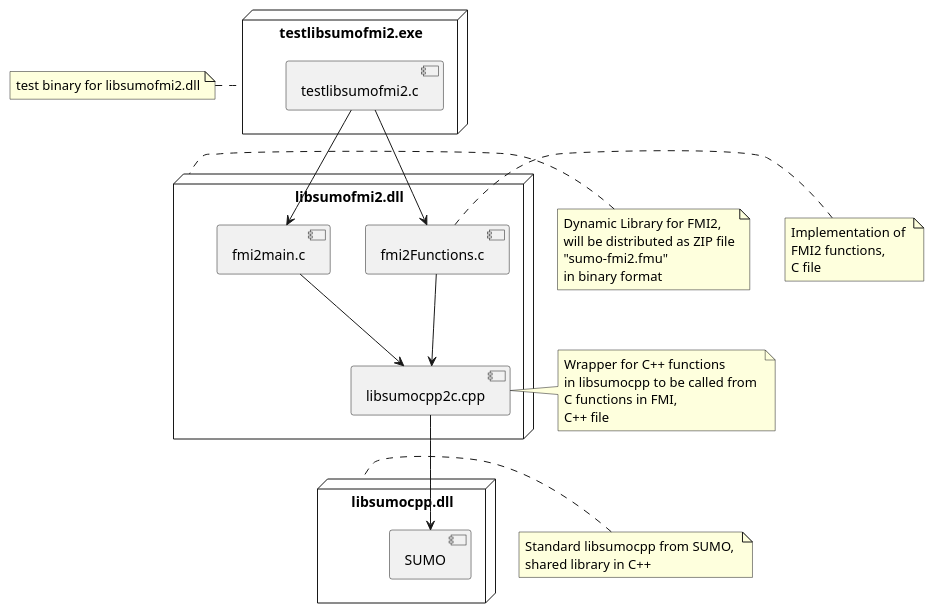
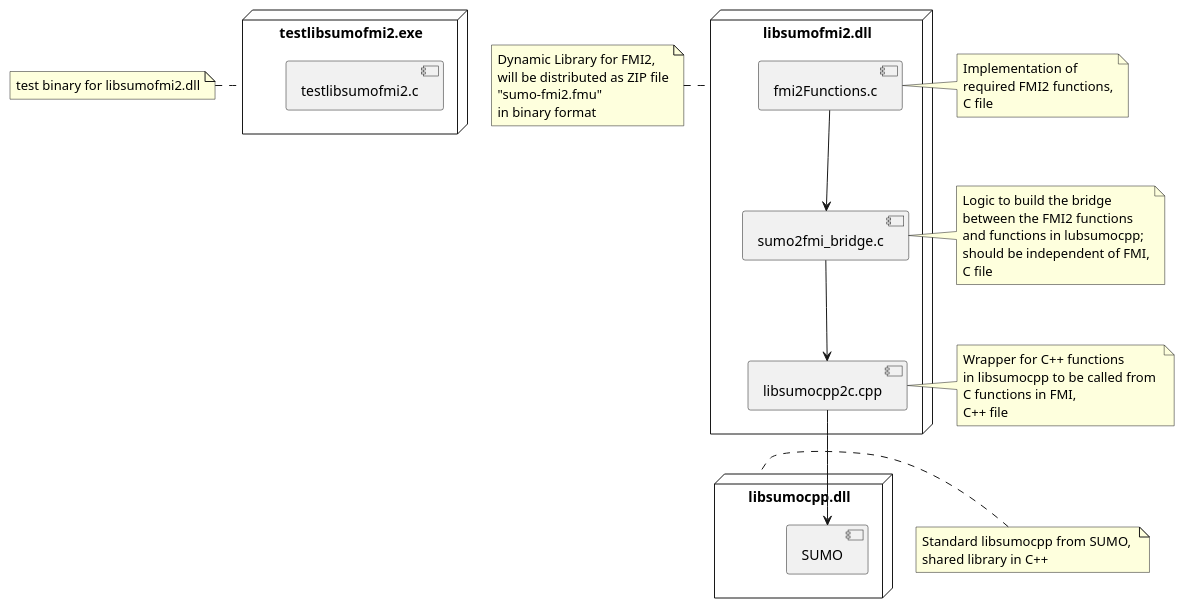
The diagram in docs/web/docs/Developer/FMI.md (eclipse-sumo/sumo), drawn with PlantUML before and after one commit.

Commit message:
Update documentation for FMI, refs #6533

````diff
--- a/docs/web/docs/Developer/FMI.md
+++ b/docs/web/docs/Developer/FMI.md
@@ -18,54 +18,59 @@
 ```plantuml
 @startuml
 node "testlibsumofmi2.exe" {
    [testlibsumofmi2.c] as testlibsumofmi2
 }
 
 
 node "libsumofmi2.dll" {
    [libsumocpp2c.cpp] as libsumocpp2c
-   [fmi2main.c] as fmi2main
+   [sumo2fmi_bridge.c] as sumo2fmi_bridge
    [fmi2Functions.c] as fmi2Functions
 }
 
 node "libsumocpp.dll" {
    [SUMO]
 }
 
-
-[testlibsumofmi2] --> [fmi2main]
-[testlibsumofmi2] --> [fmi2Functions]
-[fmi2Functions] --> [libsumocpp2c]
-[fmi2main] --> [libsumocpp2c]
+[fmi2Functions] --> [sumo2fmi_bridge]
+[sumo2fmi_bridge] --> [libsumocpp2c]
 [libsumocpp2c]  --> [SUMO]
 
 note left of testlibsumofmi2.exe 
  test binary for libsumofmi2.dll
 end note
 
 note left of libsumofmi2.dll 
  Dynamic Library for FMI2, 
  will be distributed as ZIP file
  "sumo-fmi2.fmu"
  in binary format
 end note
 
 note left of [fmi2Functions]
  Implementation of 
- FMI2 functions,
+ required FMI2 functions,
+ C file
+end note
+
+note right of [sumo2fmi_bridge]
+ Logic to build the bridge
+ between the FMI2 functions
+ and functions in lubsumocpp;
+ should be independent of FMI,
  C file
 end note
 
 note right of [libsumocpp2c]
  Wrapper for C++ functions 
  in libsumocpp to be called from 
  C functions in FMI, 
  C++ file
 end note
 
 note left of libsumocpp.dll
  Standard libsumocpp from SUMO, 
  shared library in C++
 end note
 @enduml
 ```
````
